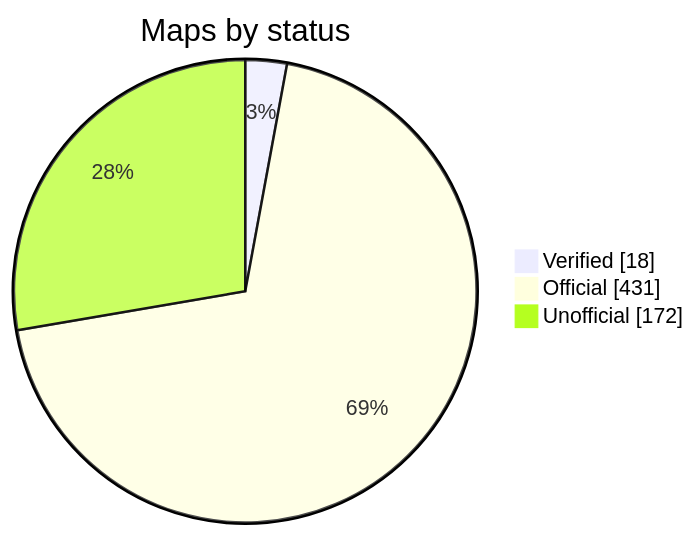
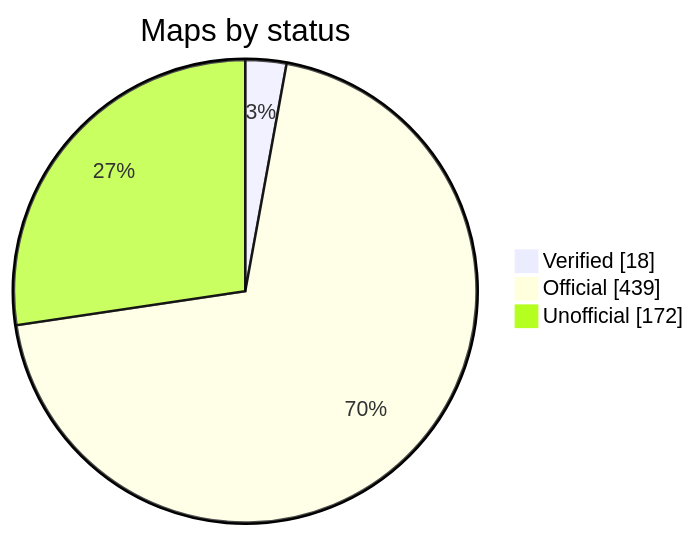
The diagram in README.md (nobrega8/mbmap-library), drawn with Mermaid before and after one commit. The commit also changed 13 other files, not shown here.

````diff
--- a/README.md
+++ b/README.md
@@ -52,7 +52,7 @@
 ```mermaid
 pie showData
     title Maps by status
     "Verified" : 18
-    "Official" : 431
+    "Official" : 439
     "Unofficial" : 172
 ```
````
